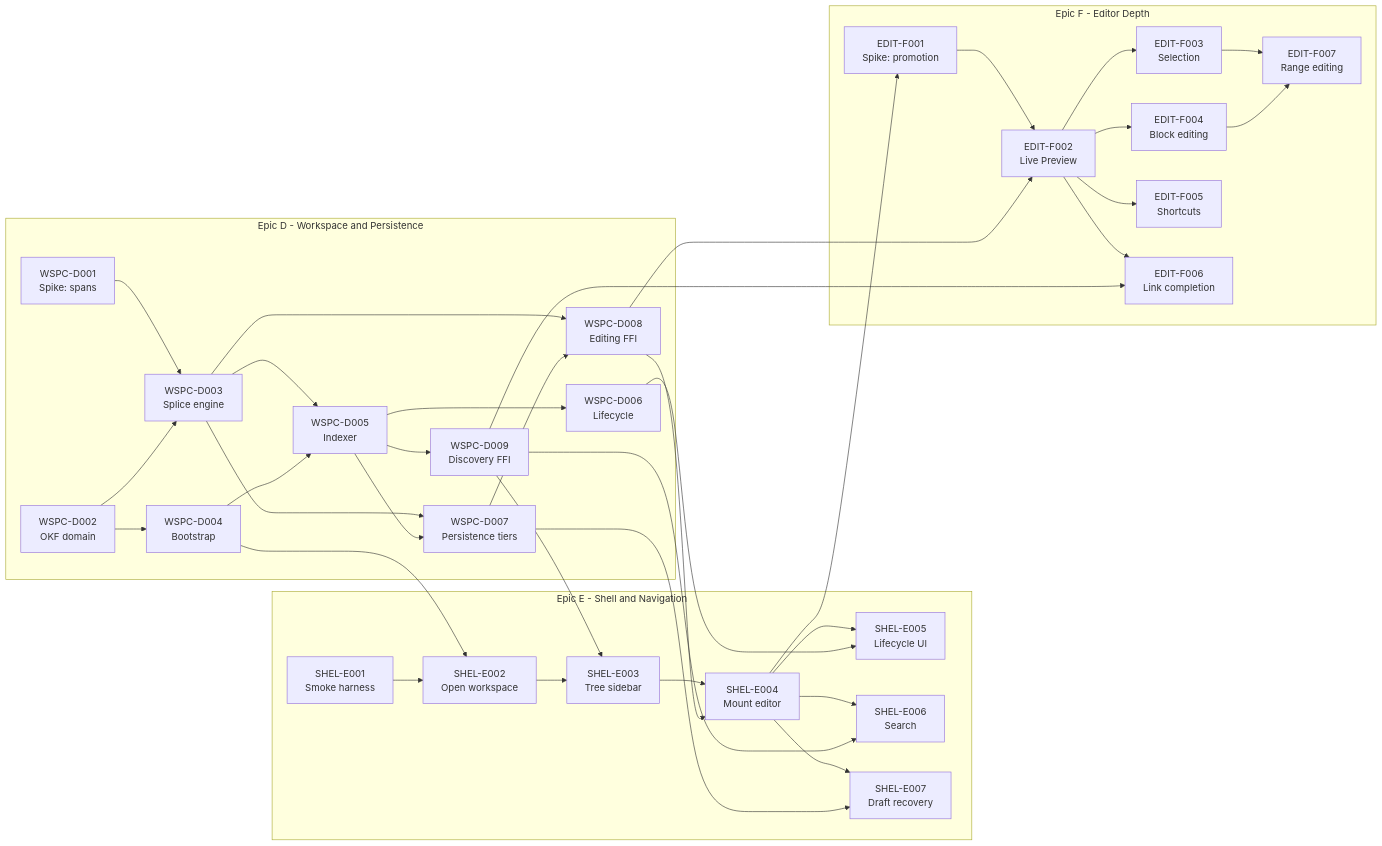
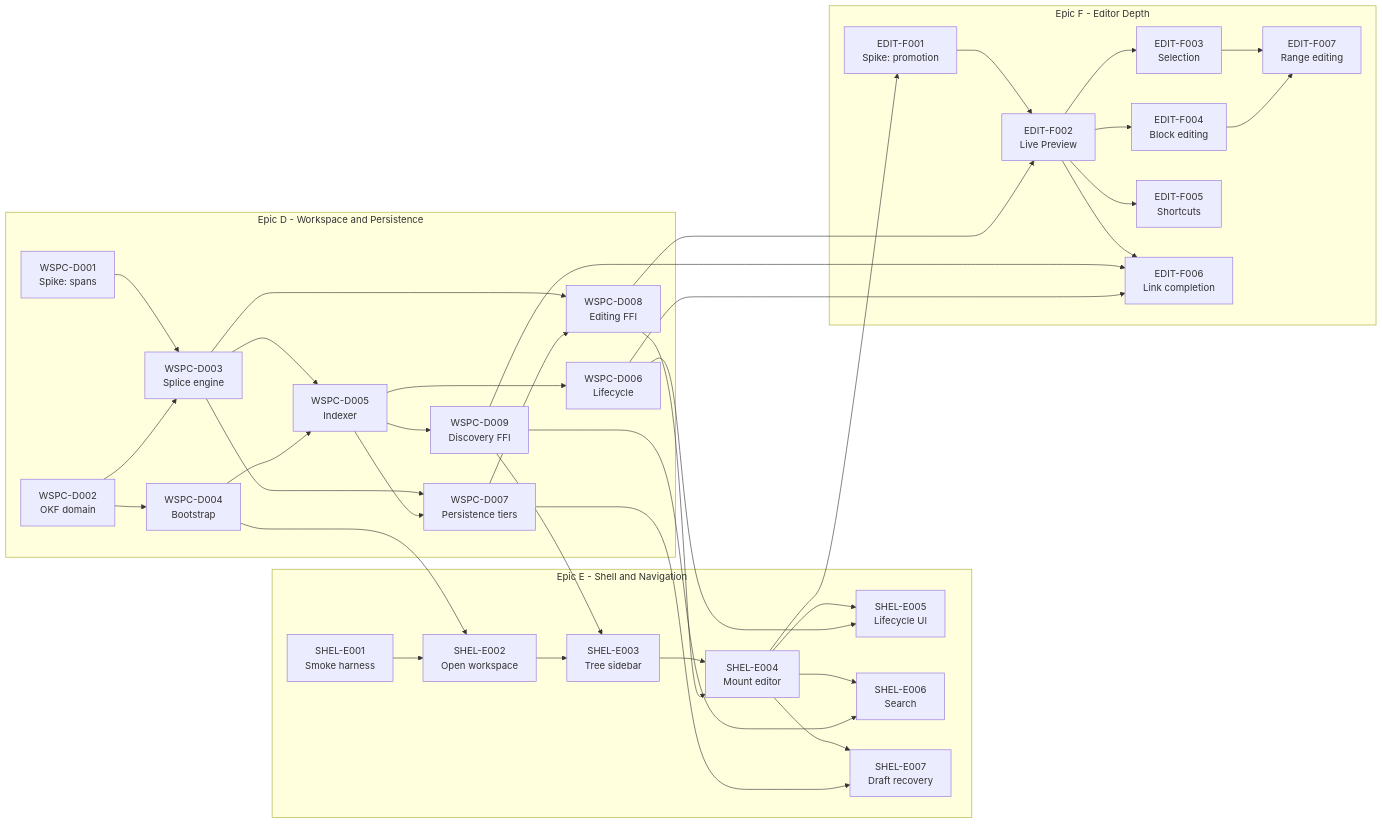
Before and after one commit to SkrOYC/burlmd: the diagram in .constitution/tasks/critical-path.md, drawn with Mermaid. The commit also changed 15 other files, not shown here.

````diff
--- a/.constitution/tasks/critical-path.md
+++ b/.constitution/tasks/critical-path.md
@@ -36,70 +36,71 @@
 ```mermaid
 flowchart LR
     subgraph EpicD [Epic D - Workspace and Persistence]
         D001[WSPC-D001<br/>Spike: spans]
         D002[WSPC-D002<br/>OKF domain]
         D003[WSPC-D003<br/>Splice engine]
         D004[WSPC-D004<br/>Bootstrap]
         D005[WSPC-D005<br/>Indexer]
         D006[WSPC-D006<br/>Lifecycle]
         D007[WSPC-D007<br/>Persistence tiers]
         D008[WSPC-D008<br/>Editing FFI]
         D009[WSPC-D009<br/>Discovery FFI]
     end
 
     subgraph EpicE [Epic E - Shell and Navigation]
         E001[SHEL-E001<br/>Smoke harness]
         E002[SHEL-E002<br/>Open workspace]
         E003[SHEL-E003<br/>Tree sidebar]
         E004[SHEL-E004<br/>Mount editor]
         E005[SHEL-E005<br/>Lifecycle UI]
         E006[SHEL-E006<br/>Search]
         E007[SHEL-E007<br/>Draft recovery]
     end
 
     subgraph EpicF [Epic F - Editor Depth]
         F001[EDIT-F001<br/>Spike: promotion]
         F002[EDIT-F002<br/>Live Preview]
         F003[EDIT-F003<br/>Selection]
         F004[EDIT-F004<br/>Block editing]
         F005[EDIT-F005<br/>Shortcuts]
         F006[EDIT-F006<br/>Link completion]
         F007[EDIT-F007<br/>Range editing]
     end
 
     D001 --> D003
     D002 --> D003
     D002 --> D004
     D003 --> D005
     D004 --> D005
     D003 --> D007
     D005 --> D007
     D003 --> D008
     D007 --> D008
     D005 --> D006
     D005 --> D009
 
     D004 --> E002
     E001 --> E002
     E002 --> E003
     D009 --> E003
     E003 --> E004
     D008 --> E004
     E004 --> E005
     D006 --> E005
     E004 --> E006
     D009 --> E006
     E004 --> E007
     D007 --> E007
 
     E004 --> F001
     F001 --> F002
     D008 --> F002
     F002 --> F003
     F002 --> F004
     F002 --> F005
     F002 --> F006
     D009 --> F006
+    D006 --> F006
     F003 --> F007
     F004 --> F007
 ```
````
